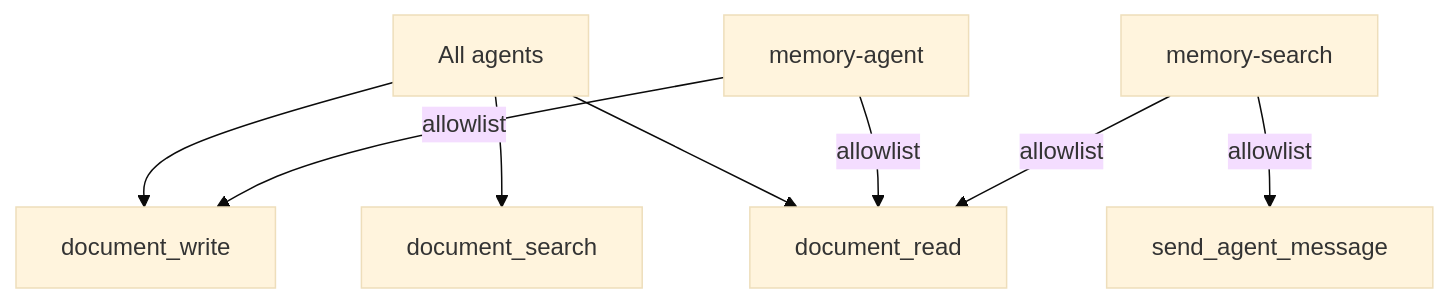
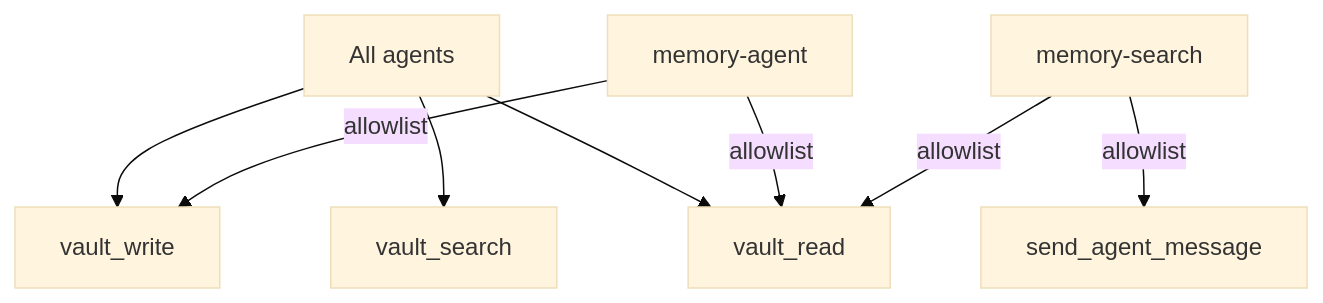
One commit to ex3ndr/daycare changed the second of 2 diagrams in doc/internals/memory-documents-migration.md. Above: the diagram before and after it, drawn with Mermaid (base theme). The commit also changed other lines of this file and 112 other files, not shown here.

````diff
--- a/doc/internals/memory-documents-migration.md
+++ b/doc/internals/memory-documents-migration.md
@@ -23,12 +23,12 @@
 ```mermaid
 graph TD
-    AllAgents[All agents] --> document_read
-    AllAgents --> document_write
-    AllAgents --> document_search
+    AllAgents[All agents] --> vault_read
+    AllAgents --> vault_write
+    AllAgents --> vault_search
 
-    MemoryAgent[memory-agent] -->|allowlist| document_read
-    MemoryAgent -->|allowlist| document_write
+    MemoryAgent[memory-agent] -->|allowlist| vault_read
+    MemoryAgent -->|allowlist| vault_write
 
-    MemorySearch[memory-search] -->|allowlist| document_read
+    MemorySearch[memory-search] -->|allowlist| vault_read
     MemorySearch -->|allowlist| send_agent_message
 ```
````
